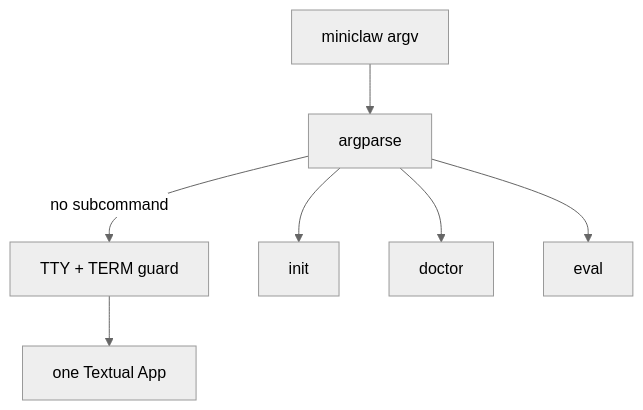
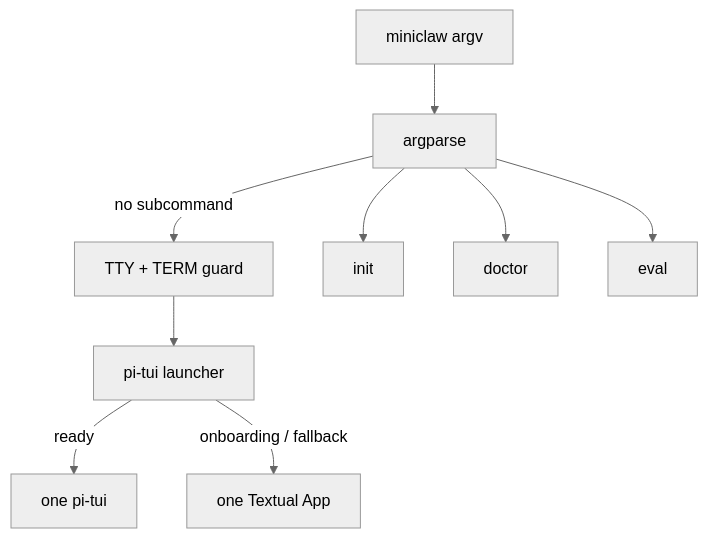
Before and after one commit to NEDONION/lobster0: the second of 9 diagrams in docs/architecture/20260807_系统架构.md, drawn with Mermaid (neutral theme). The commit also changed other lines of this file and 25 other files, not shown here.

Commit message:
docs(tui): document pi-tui architecture and release gate

````diff
--- a/docs/architecture/20260807_系统架构.md
+++ b/docs/architecture/20260807_系统架构.md
@@ -39,9 +44,11 @@
 ```mermaid
 flowchart TD
     CMD["miniclaw argv"] --> PARSER["argparse"]
     PARSER -->|"no subcommand"| GUARD["TTY + TERM guard"]
-    GUARD --> TUI["one Textual App"]
+    GUARD --> SELECT["pi-tui launcher"]
+    SELECT -->|"ready"| TUI["one pi-tui"]
+    SELECT -->|"onboarding / fallback"| TEXTUAL["one Textual App"]
     PARSER --> INIT["init"]
     PARSER --> DOCTOR["doctor"]
     PARSER --> EVAL["eval"]
 ```
````
